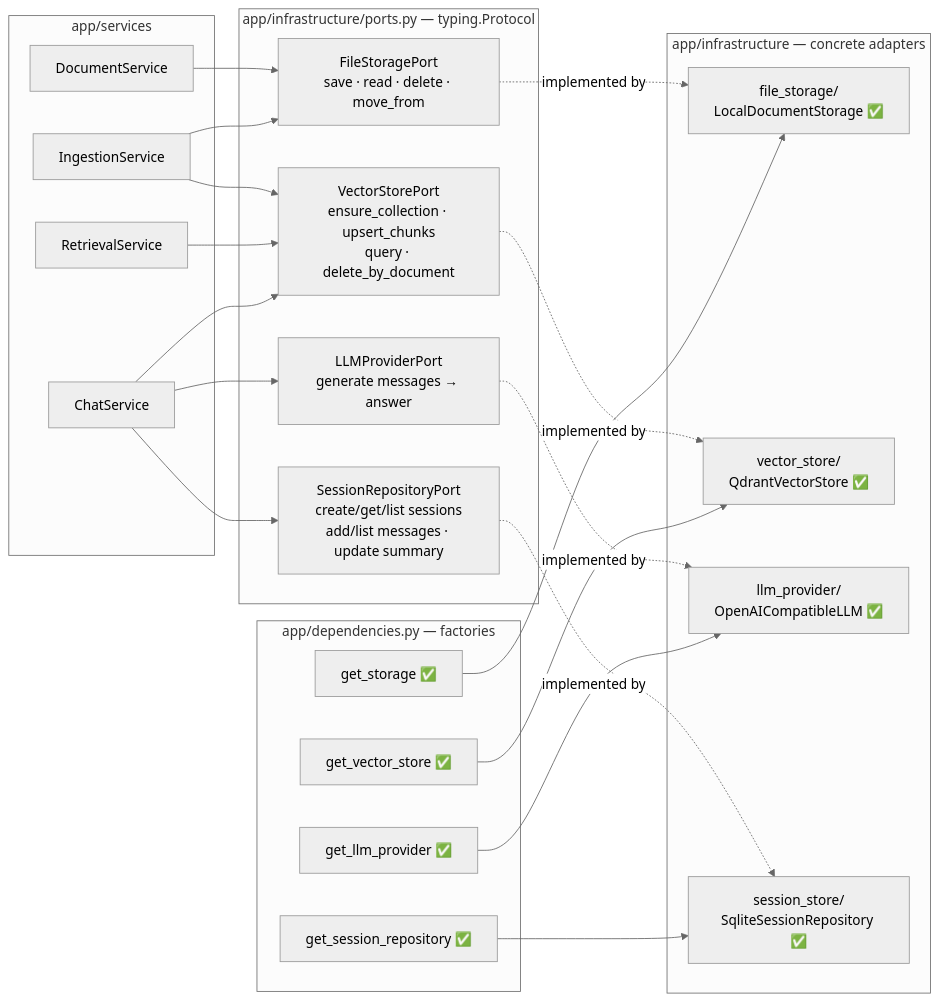
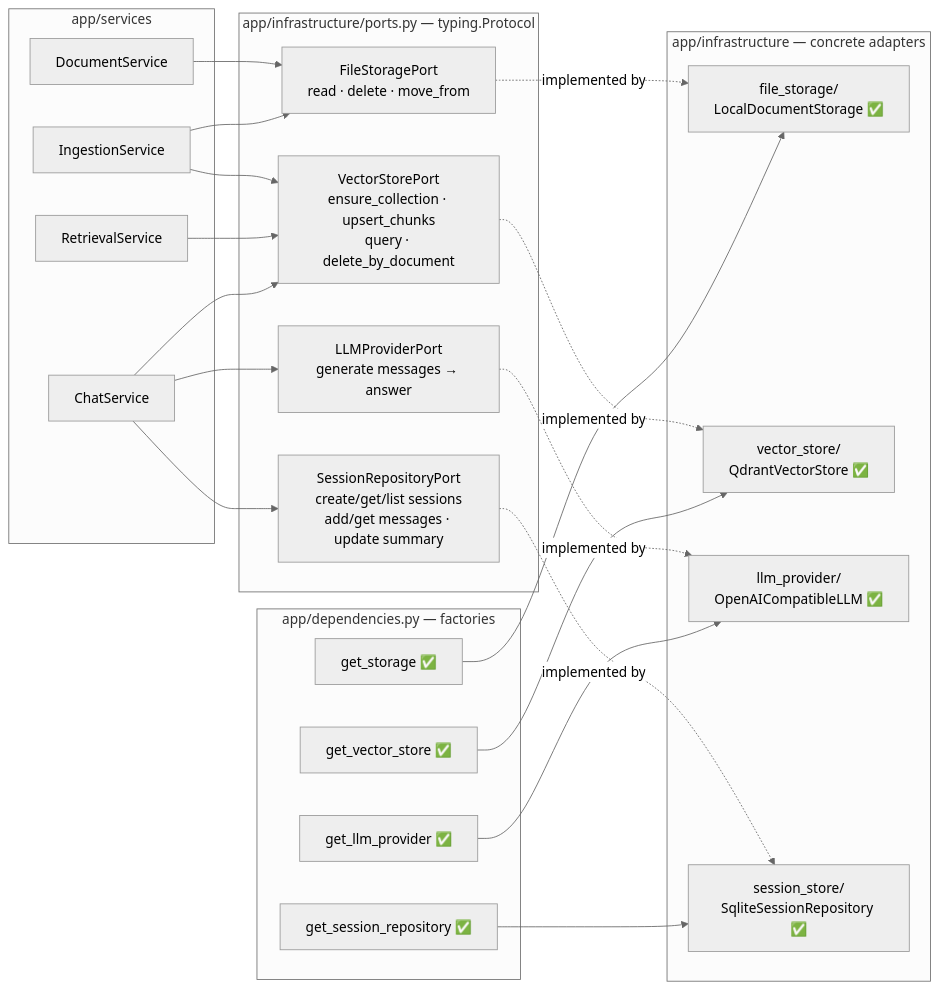
The diagram in docs/diagrams/component-design.md (Abdelrhman941/MyRAG-Project), drawn with Mermaid (neutral theme) before and after one commit. The commit also changed 4 other files, not shown here.

````diff
--- a/docs/diagrams/component-design.md
+++ b/docs/diagrams/component-design.md
@@ -12,45 +12,45 @@
 ```mermaid
 flowchart LR
     subgraph Services["app/services"]
         DS[DocumentService]
         IS[IngestionService]
         RS[RetrievalService]
         CS[ChatService]
     end
 
     subgraph Ports["app/infrastructure/ports.py — typing.Protocol"]
-        FSP[FileStoragePort<br/>save · read · delete · move_from]
+        FSP[FileStoragePort<br/>read · delete · move_from]
         VSP[VectorStorePort<br/>ensure_collection · upsert_chunks<br/>query · delete_by_document]
         LLP[LLMProviderPort<br/>generate messages → answer]
-        SRP[SessionRepositoryPort<br/>create/get/list sessions<br/>add/list messages · update summary]
+        SRP[SessionRepositoryPort<br/>create/get/list sessions<br/>add/get messages · update summary]
     end
 
     subgraph Adapters["app/infrastructure — concrete adapters"]
         LFS["file_storage/<br/>LocalDocumentStorage ✅"]
         QVS["vector_store/<br/>QdrantVectorStore ✅"]
         OAI["llm_provider/<br/>OpenAICompatibleLLM ✅"]
         SQL["session_store/<br/>SqliteSessionRepository ✅"]
     end
 
     subgraph Factory["app/dependencies.py — factories"]
         F1[get_storage ✅]
         F2[get_vector_store ✅]
         F3[get_llm_provider ✅]
         F4[get_session_repository ✅]
     end
 
     DS --> FSP
     IS --> FSP & VSP
     RS --> VSP
     CS --> VSP & LLP & SRP
 
     FSP -.->|implemented by| LFS
     VSP -.->|implemented by| QVS
     LLP -.->|implemented by| OAI
     SRP -.->|implemented by| SQL
 
     F1 --> LFS
     F2 --> QVS
     F3 --> OAI
     F4 --> SQL
 ```
````
